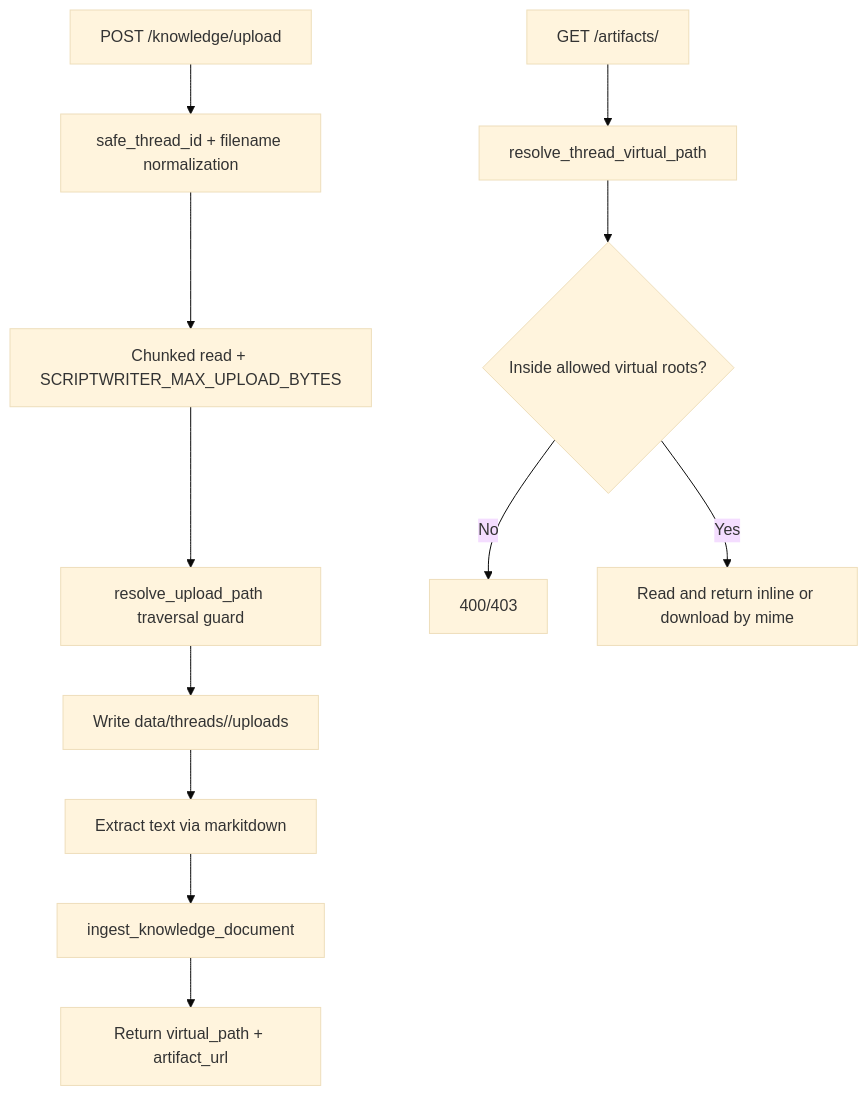
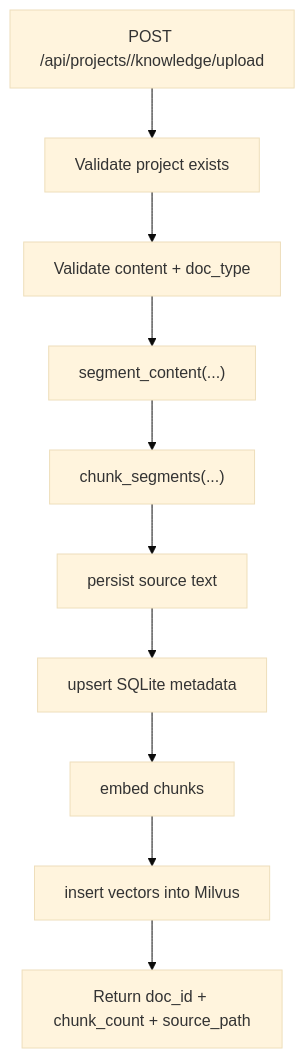
Before and after one commit to isWangjianhua/ScriptWriter: the third of 3 diagrams in docs/en/architecture.md, drawn with Mermaid (base theme). The commit also changed other lines of this file and 13 other files, not shown here.

Commit message:
docs: Update documentation to reflect the new project-centric architecture and workflow.

````diff
--- a/docs/en/architecture.md
+++ b/docs/en/architecture.md
@@ -116,15 +104,12 @@
 ```mermaid
 flowchart TD
-    A["POST /knowledge/upload"] --> B["safe_thread_id + filename normalization"]
-    B --> C["Chunked read + SCRIPTWRITER_MAX_UPLOAD_BYTES"]
-    C --> D["resolve_upload_path traversal guard"]
-    D --> E["Write data/threads/<thread_id>/uploads"]
-    E --> F["Extract text via markitdown"]
-    F --> G["ingest_knowledge_document"]
-    G --> H["Return virtual_path + artifact_url"]
-
-    I["GET /artifacts/<path>"] --> J["resolve_thread_virtual_path"]
-    J --> K{"Inside allowed virtual roots?"}
-    K -- No --> L["400/403"]
-    K -- Yes --> M["Read and return inline or download by mime"]
+    A["POST /api/projects/<project_id>/knowledge/upload"] --> B["Validate project exists"]
+    B --> C["Validate content + doc_type"]
+    C --> D["segment_content(...)"]
+    D --> E["chunk_segments(...)"]
+    E --> F["persist source text"]
+    F --> G["upsert SQLite metadata"]
+    G --> H["embed chunks"]
+    H --> I["insert vectors into Milvus"]
+    I --> J["Return doc_id + chunk_count + source_path"]
 ```
````
